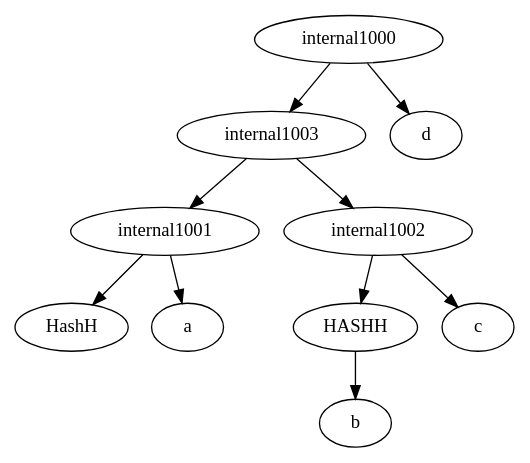
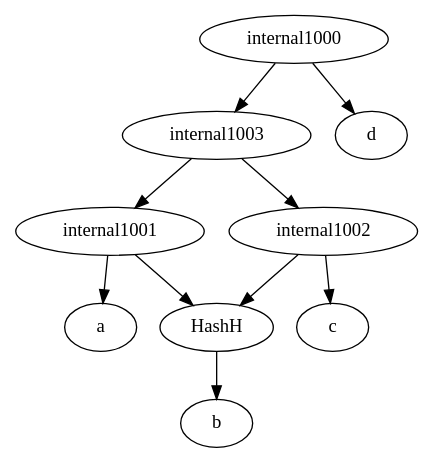
One commit to iharnoor/PhylogeneticsWebsite changed the diagram in ParsingTxt/Launcher/upload.dot. Above: the diagram before and after it, drawn with Graphviz. The commit also changed 3 other files, not shown here.

```diff
--- a/ParsingTxt/Launcher/upload.dot
+++ b/ParsingTxt/Launcher/upload.dot
@@ -1,11 +1,11 @@
 strict digraph G1 {
-HASHH -> b
+HashH -> b
 internal1001 -> HashH
 internal1001 -> a
 internal1002 -> c
-internal1002 -> HASHH
+internal1002 -> HashH
 internal1003 -> internal1002
 internal1003 -> internal1001
 internal1000 -> d
 internal1000 -> internal1003
 }
```
